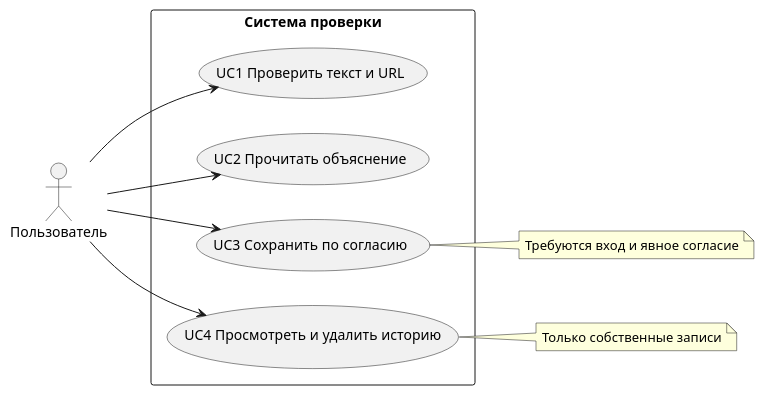
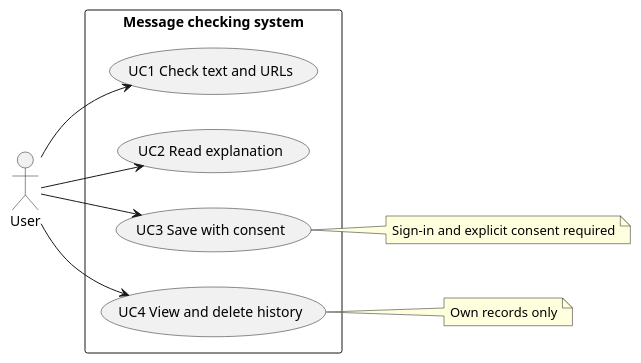
Before and after one commit to Kendebaev/FraudShield: the diagram in diagrams/usecase.puml, drawn with PlantUML. The commit also changed 19 other files, not shown here.

```diff
--- a/diagrams/usecase.puml
+++ b/diagrams/usecase.puml
@@ -1,16 +1,16 @@
 @startuml
 left to right direction
-actor "Пользователь" as U
-rectangle "Система проверки" {
- usecase "UC1 Проверить текст и URL" as C
- usecase "UC2 Прочитать объяснение" as E
- usecase "UC3 Сохранить по согласию" as S
- usecase "UC4 Просмотреть и удалить историю" as H
+actor "User" as U
+rectangle "Message checking system" {
+ usecase "UC1 Check text and URLs" as C
+ usecase "UC2 Read explanation" as E
+ usecase "UC3 Save with consent" as S
+ usecase "UC4 View and delete history" as H
 }
 U --> C
 U --> E
 U --> S
 U --> H
-note right of S: Требуются вход и явное согласие
-note right of H: Только собственные записи
+note right of S: Sign-in and explicit consent required
+note right of H: Own records only
 @enduml
```
